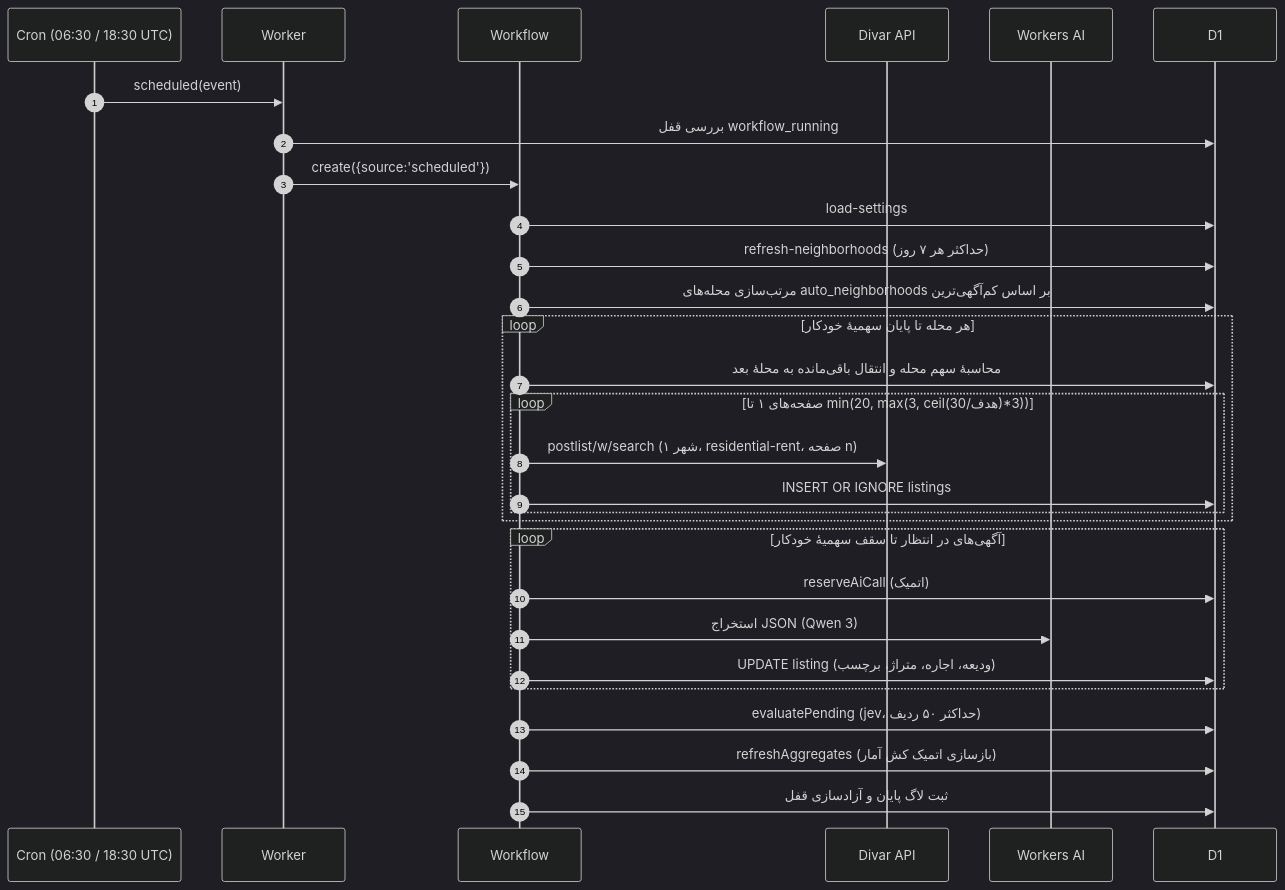
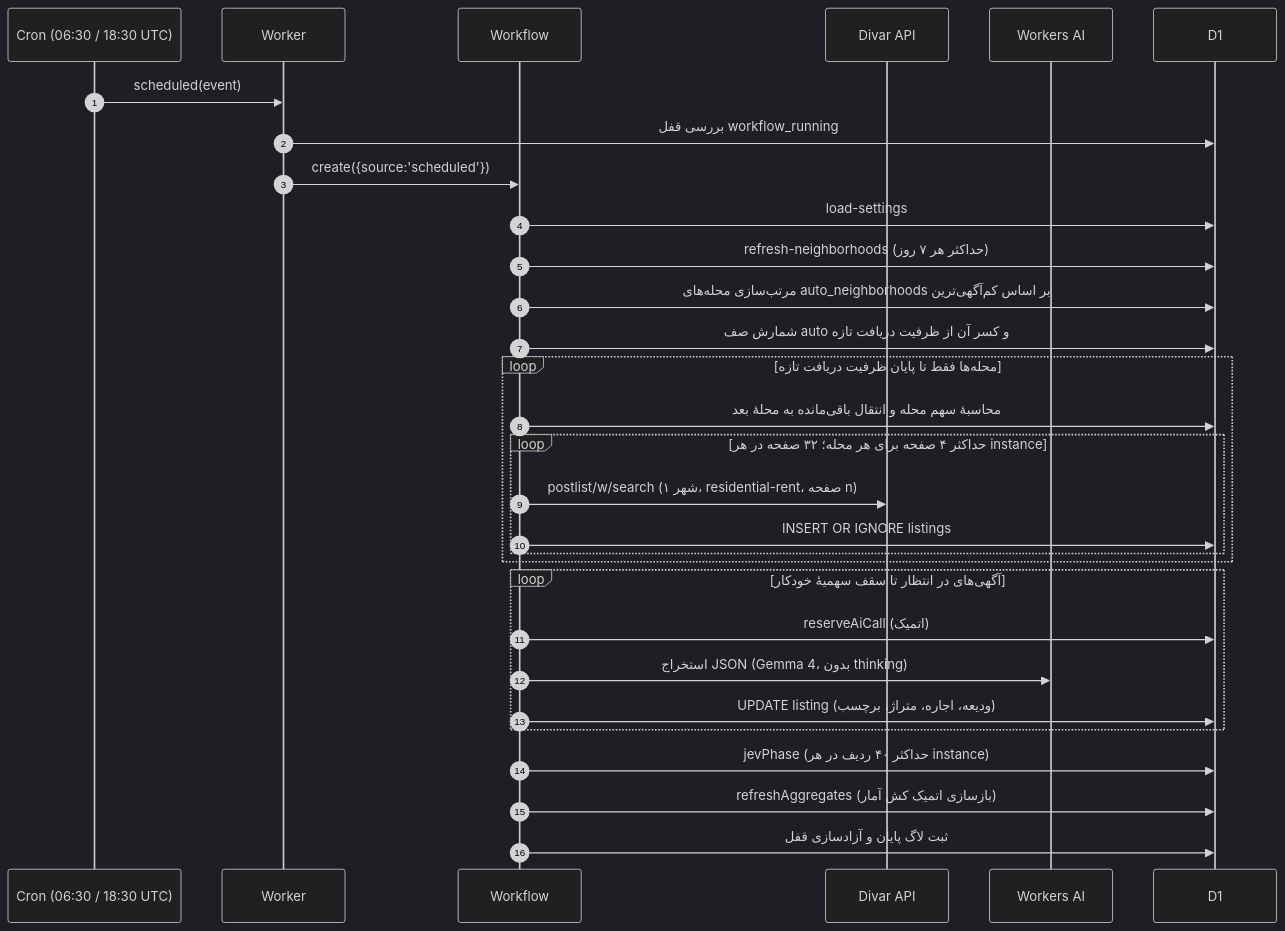
The third of 6 diagrams in DOCUMENTATION_FA.md (f4r6d/divar-housing-finder), drawn with Mermaid (dark theme) before and after one commit. The commit also changed other lines of this file and 3 other files, not shown here.

````diff
--- a/DOCUMENTATION_FA.md
+++ b/DOCUMENTATION_FA.md
@@ -501,32 +534,33 @@
 ```mermaid
 sequenceDiagram
     autonumber
     participant C as Cron (06:30 / 18:30 UTC)
     participant W as Worker
     participant WF as Workflow
     participant D as Divar API
     participant AI as Workers AI
     participant DB as D1
 
     C->>W: scheduled(event)
     W->>DB: بررسی قفل workflow_running
     W->>WF: create({source:'scheduled'})
     WF->>DB: load-settings
     WF->>DB: refresh-neighborhoods (حداکثر هر ۷ روز)
     WF->>DB: مرتب‌سازی محله‌های auto_neighborhoods بر اساس کم‌آگهی‌ترین
-    loop هر محله تا پایان سهمیهٔ خودکار
+    WF->>DB: شمارش صف auto و کسر آن از ظرفیت دریافت تازه
+    loop محله‌ها فقط تا پایان ظرفیت دریافت تازه
         WF->>DB: محاسبهٔ سهم محله و انتقال باقی‌مانده به محلهٔ بعد
-        loop صفحه‌های ۱ تا min(20, max(3, ceil(هدف/30)*3))
+        loop حداکثر ۴ صفحه برای هر محله؛ ۳۲ صفحه در هر instance
             WF->>D: postlist/w/search (شهر ۱، residential-rent، صفحه n)
             WF->>DB: INSERT OR IGNORE listings
         end
     end
     loop آگهی‌های در انتظار تا سقف سهمیهٔ خودکار
         WF->>DB: reserveAiCall (اتمیک)
-        WF->>AI: استخراج JSON (Qwen 3)
+        WF->>AI: استخراج JSON (Gemma 4، بدون thinking)
         WF->>DB: UPDATE listing (ودیعه، اجاره، متراژ، برچسب)
     end
-    WF->>DB: evaluatePending (jev، حداکثر ۵۰ ردیف)
+    WF->>DB: jevPhase (حداکثر ۴۰ ردیف در هر instance)
     WF->>DB: refreshAggregates (بازسازی اتمیک کش آمار)
     WF->>DB: ثبت لاگ پایان و آزادسازی قفل
 ```
````
